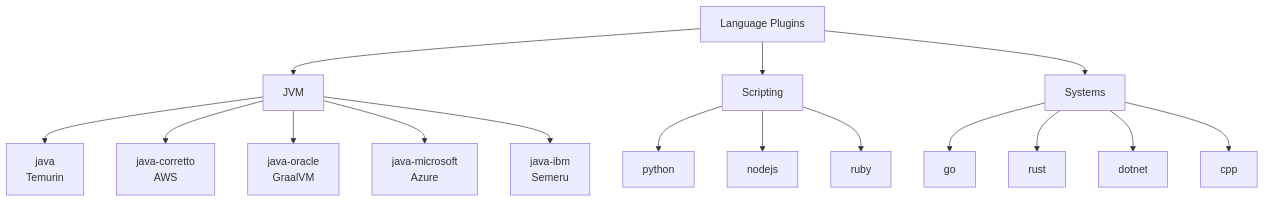
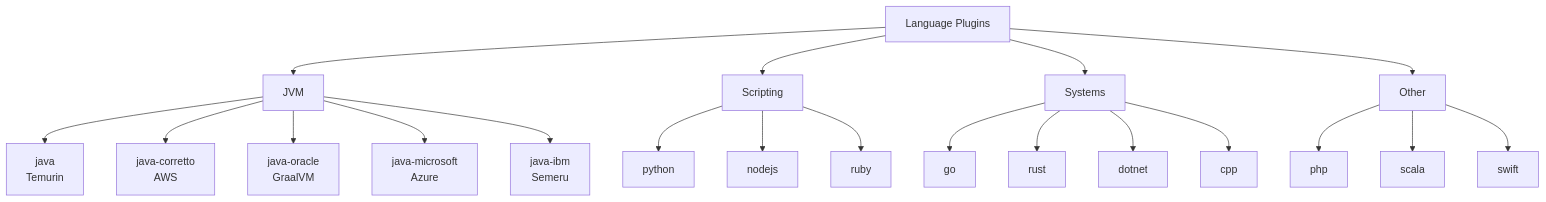
Before and after one commit to mwashburn160/pipeline-builder: the diagram in docs/plugins/language.md, drawn with Mermaid. The commit also changed other lines of this file and 333 other files, not shown here.

````diff
--- a/docs/plugins/language.md
+++ b/docs/plugins/language.md
@@ -5,22 +5,27 @@
 ```mermaid
 flowchart TB
     Lang[Language Plugins]
     Lang --> JVM[JVM]
     Lang --> Scripting[Scripting]
     Lang --> Systems[Systems]
+    Lang --> Other[Other]
 
     JVM --> java[java\nTemurin]
     JVM --> corretto[java-corretto\nAWS]
     JVM --> oracle[java-oracle\nGraalVM]
     JVM --> microsoft[java-microsoft\nAzure]
     JVM --> ibm[java-ibm\nSemeru]
 
     Scripting --> python
     Scripting --> nodejs
     Scripting --> ruby
 
     Systems --> go
     Systems --> rust
     Systems --> dotnet
     Systems --> cpp
+
+    Other --> php
+    Other --> scala
+    Other --> swift
 ```
````
